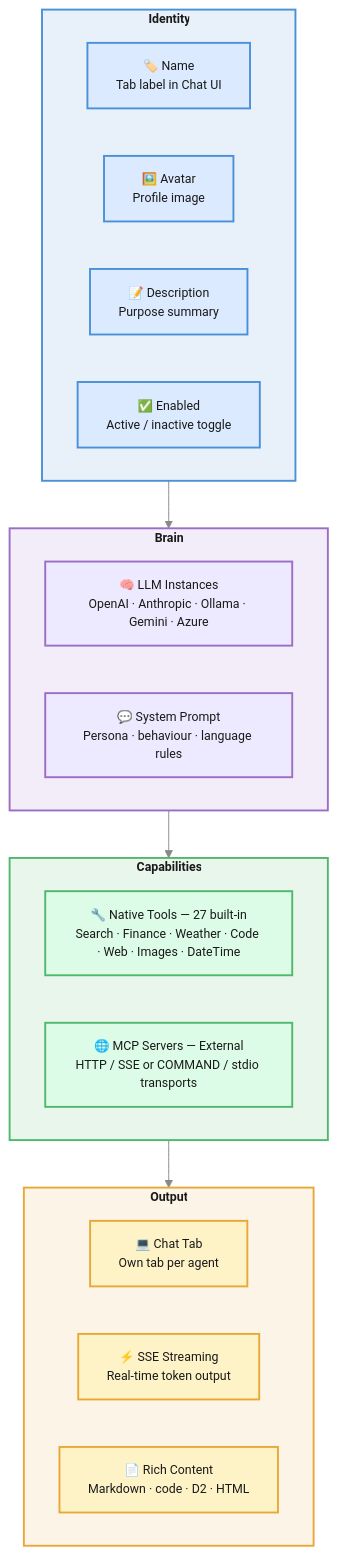
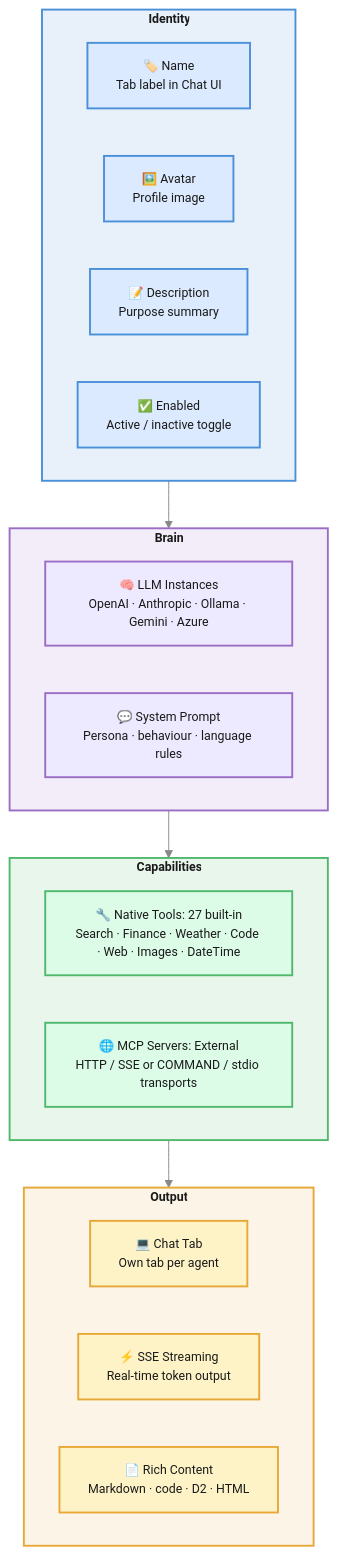
The diagram in diagrams/turing-agent-composition.mmd (openviglet/docs), drawn with Mermaid before and after one commit. The commit also changed 125 other files, not shown here.

```diff
--- a/diagrams/turing-agent-composition.mmd
+++ b/diagrams/turing-agent-composition.mmd
@@ -1,43 +1,43 @@
 %%{init: {'theme': 'base', 'themeVariables': {'fontSize': '13px', 'primaryColor': '#fff', 'primaryBorderColor': '#c0c0c0', 'lineColor': '#888', 'textColor': '#333'}}}%%
 graph TB
     subgraph Identity [" Identity "]
         A1["🏷️ Name\nTab label in Chat UI"]
         A2["🖼️ Avatar\nProfile image"]
         A3["📝 Description\nPurpose summary"]
         A4["✅ Enabled\nActive / inactive toggle"]
     end
 
     subgraph Brain [" Brain "]
         B1["🧠 LLM Instances\nOpenAI · Anthropic · Ollama · Gemini · Azure"]
         B2["💬 System Prompt\nPersona · behaviour · language rules"]
     end
 
     subgraph Capabilities [" Capabilities "]
-        C1["🔧 Native Tools — 27 built-in\nSearch · Finance · Weather · Code · Web · Images · DateTime"]
-        C2["🌐 MCP Servers — External\nHTTP / SSE or COMMAND / stdio transports"]
+        C1["🔧 Native Tools: 27 built-in\nSearch · Finance · Weather · Code · Web · Images · DateTime"]
+        C2["🌐 MCP Servers: External\nHTTP / SSE or COMMAND / stdio transports"]
     end
 
     subgraph Output [" Output "]
         D1["💻 Chat Tab\nOwn tab per agent"]
         D2["⚡ SSE Streaming\nReal-time token output"]
         D3["📄 Rich Content\nMarkdown · code · D2 · HTML"]
     end
 
     Identity --> Brain
     Brain --> Capabilities
     Capabilities --> Output
 
     classDef blue fill:#dbeafe,stroke:#4A90D9,stroke-width:2px,color:#1a1a1a
     classDef purple fill:#ede9fe,stroke:#9B6EC5,stroke-width:2px,color:#1a1a1a
     classDef green fill:#dcfce7,stroke:#50B86C,stroke-width:2px,color:#1a1a1a
     classDef amber fill:#fef3c7,stroke:#E8A838,stroke-width:2px,color:#1a1a1a
 
     class A1,A2,A3,A4 blue
     class B1,B2 purple
     class C1,C2 green
     class D1,D2,D3 amber
 
     style Identity fill:#4A90D920,stroke:#4A90D9,stroke-width:2px,color:#1a1a1a,font-weight:700
     style Brain fill:#9B6EC520,stroke:#9B6EC5,stroke-width:2px,color:#1a1a1a,font-weight:700
     style Capabilities fill:#50B86C20,stroke:#50B86C,stroke-width:2px,color:#1a1a1a,font-weight:700
     style Output fill:#E8A83820,stroke:#E8A838,stroke-width:2px,color:#1a1a1a,font-weight:700
```
